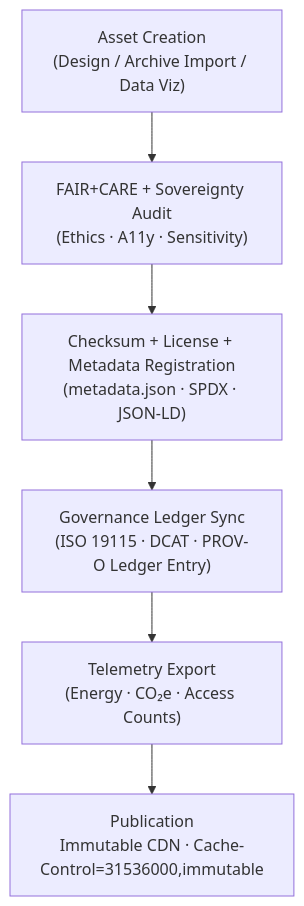
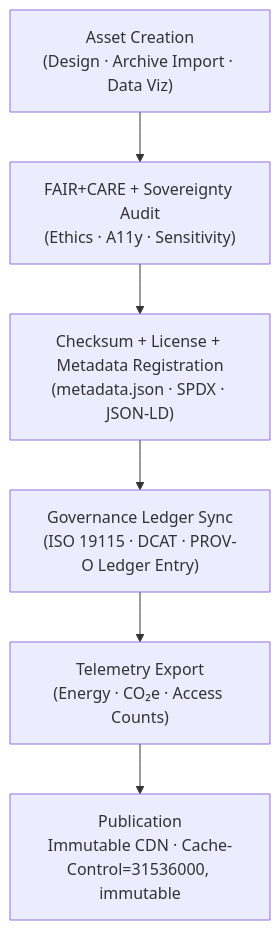
Before and after one commit to bartytime4life/Kansas-Frontier-Matrix: the diagram in web/public/README.md, drawn with Mermaid. The commit also changed other lines of this file, not shown here.

```diff
--- a/web/public/README.md
+++ b/web/public/README.md
@@ -139,13 +164,13 @@
-~~~~mermaid
+~~~mermaid
 flowchart TD
-    A["Asset Creation<br/>(Design / Archive Import / Data Viz)"]
+    A["Asset Creation<br/>(Design · Archive Import · Data Viz)"]
         --> B["FAIR+CARE + Sovereignty Audit<br/>(Ethics · A11y · Sensitivity)"]
 
     B --> C["Checksum + License + Metadata Registration<br/>(metadata.json · SPDX · JSON-LD)"]
 
     C --> D["Governance Ledger Sync<br/>(ISO 19115 · DCAT · PROV-O Ledger Entry)"]
 
     D --> E["Telemetry Export<br/>(Energy · CO₂e · Access Counts)"]
 
-    E --> F["Publication<br/>Immutable CDN · Cache-Control=31536000,immutable"]
-~~~~
+    E --> F["Publication<br/>Immutable CDN · Cache-Control=31536000, immutable"]
+~~~
```
